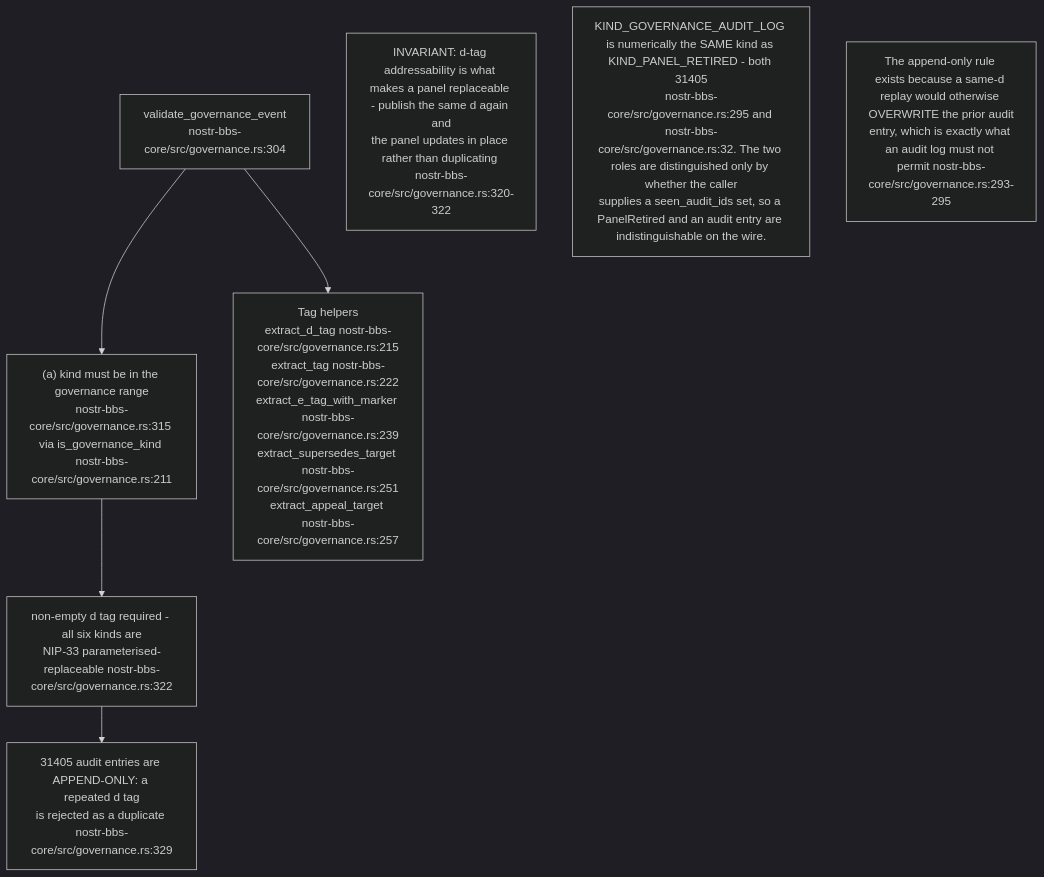
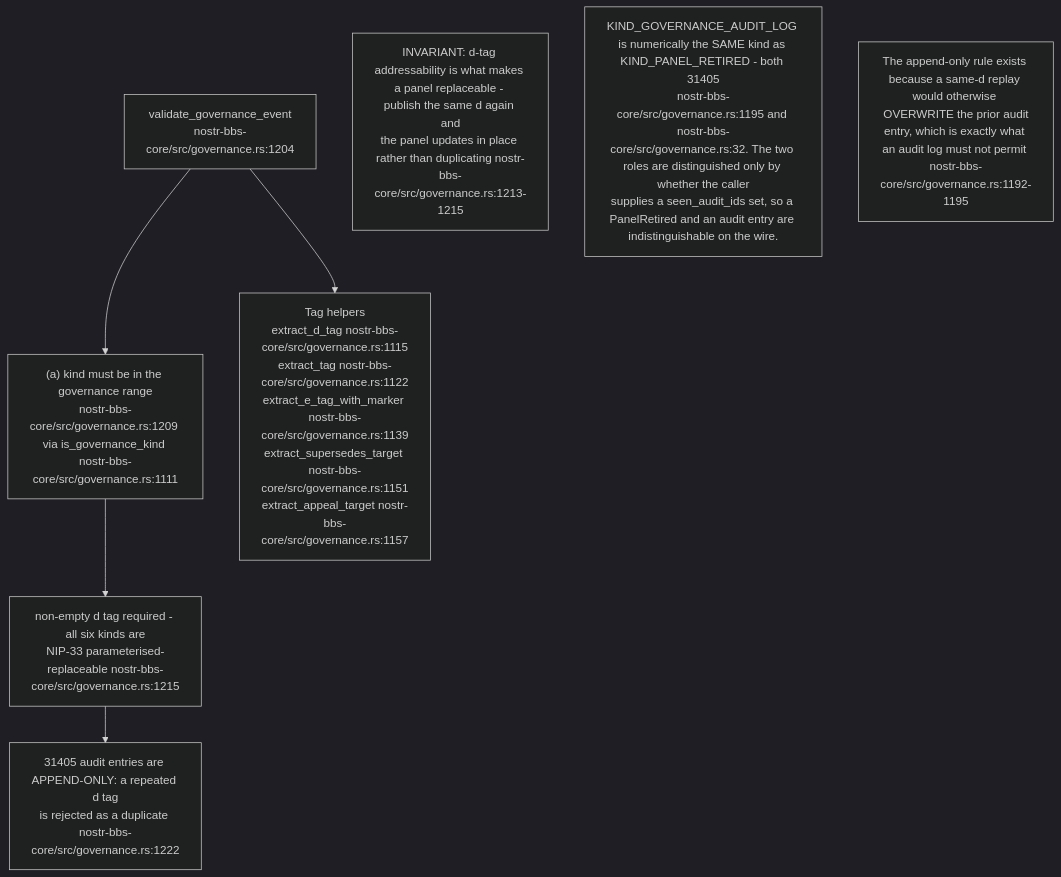
Before and after one commit to DreamLab-AI/VisionFlow: the second of 15 diagrams in docs/diagrams/nostr-rust-forum/06-agent-control-surface-31400-31405.md, drawn with Mermaid (dark theme). The commit also changed other lines of this file and 11 other files, not shown here.

````diff
--- a/docs/diagrams/nostr-rust-forum/06-agent-control-surface-31400-31405.md
+++ b/docs/diagrams/nostr-rust-forum/06-agent-control-surface-31400-31405.md
@@ -62,15 +60,15 @@
 ```mermaid
 flowchart TB
-    V["validate_governance_event<br/>nostr-bbs-core/src/governance.rs:304"]
-    K["(a) kind must be in the governance range<br/>nostr-bbs-core/src/governance.rs:315 via is_governance_kind nostr-bbs-core/src/governance.rs:211"]
-    D["non-empty d tag required - all six kinds are<br/>NIP-33 parameterised-replaceable nostr-bbs-core/src/governance.rs:322"]
-    AUD["31405 audit entries are APPEND-ONLY: a repeated d tag<br/>is rejected as a duplicate nostr-bbs-core/src/governance.rs:329"]
-    HELP["Tag helpers<br/>extract_d_tag nostr-bbs-core/src/governance.rs:215<br/>extract_tag nostr-bbs-core/src/governance.rs:222<br/>extract_e_tag_with_marker nostr-bbs-core/src/governance.rs:239<br/>extract_supersedes_target nostr-bbs-core/src/governance.rs:251<br/>extract_appeal_target nostr-bbs-core/src/governance.rs:257"]
+    V["validate_governance_event<br/>nostr-bbs-core/src/governance.rs:1204"]
+    K["(a) kind must be in the governance range<br/>nostr-bbs-core/src/governance.rs:1209 via is_governance_kind nostr-bbs-core/src/governance.rs:1111"]
+    D["non-empty d tag required - all six kinds are<br/>NIP-33 parameterised-replaceable nostr-bbs-core/src/governance.rs:1215"]
+    AUD["31405 audit entries are APPEND-ONLY: a repeated d tag<br/>is rejected as a duplicate nostr-bbs-core/src/governance.rs:1222"]
+    HELP["Tag helpers<br/>extract_d_tag nostr-bbs-core/src/governance.rs:1115<br/>extract_tag nostr-bbs-core/src/governance.rs:1122<br/>extract_e_tag_with_marker nostr-bbs-core/src/governance.rs:1139<br/>extract_supersedes_target nostr-bbs-core/src/governance.rs:1151<br/>extract_appeal_target nostr-bbs-core/src/governance.rs:1157"]
 
     V --> K --> D --> AUD
     V --> HELP
 
-    N1["INVARIANT: d-tag addressability is what makes a panel replaceable - publish the same d again and<br/>the panel updates in place rather than duplicating nostr-bbs-core/src/governance.rs:320-322"]
-    N2["KIND_GOVERNANCE_AUDIT_LOG is numerically the SAME kind as KIND_PANEL_RETIRED - both 31405<br/>nostr-bbs-core/src/governance.rs:295 and nostr-bbs-core/src/governance.rs:32. The two roles are distinguished only by whether the caller<br/>supplies a seen_audit_ids set, so a PanelRetired and an audit entry are indistinguishable on the wire."]
-    N3["The append-only rule exists because a same-d replay would otherwise OVERWRITE the prior audit<br/>entry, which is exactly what an audit log must not permit nostr-bbs-core/src/governance.rs:293-295"]
+    N1["INVARIANT: d-tag addressability is what makes a panel replaceable - publish the same d again and<br/>the panel updates in place rather than duplicating nostr-bbs-core/src/governance.rs:1213-1215"]
+    N2["KIND_GOVERNANCE_AUDIT_LOG is numerically the SAME kind as KIND_PANEL_RETIRED - both 31405<br/>nostr-bbs-core/src/governance.rs:1195 and nostr-bbs-core/src/governance.rs:32. The two roles are distinguished only by whether the caller<br/>supplies a seen_audit_ids set, so a PanelRetired and an audit entry are indistinguishable on the wire."]
+    N3["The append-only rule exists because a same-d replay would otherwise OVERWRITE the prior audit<br/>entry, which is exactly what an audit log must not permit nostr-bbs-core/src/governance.rs:1192-1195"]
 ```
````
